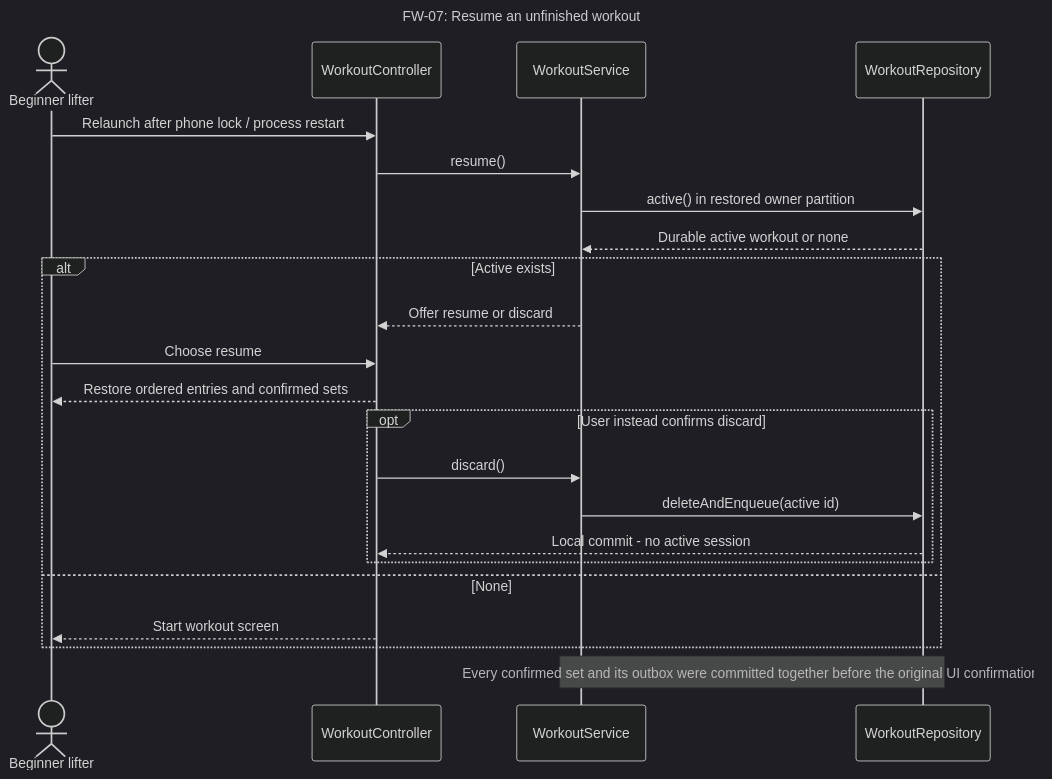
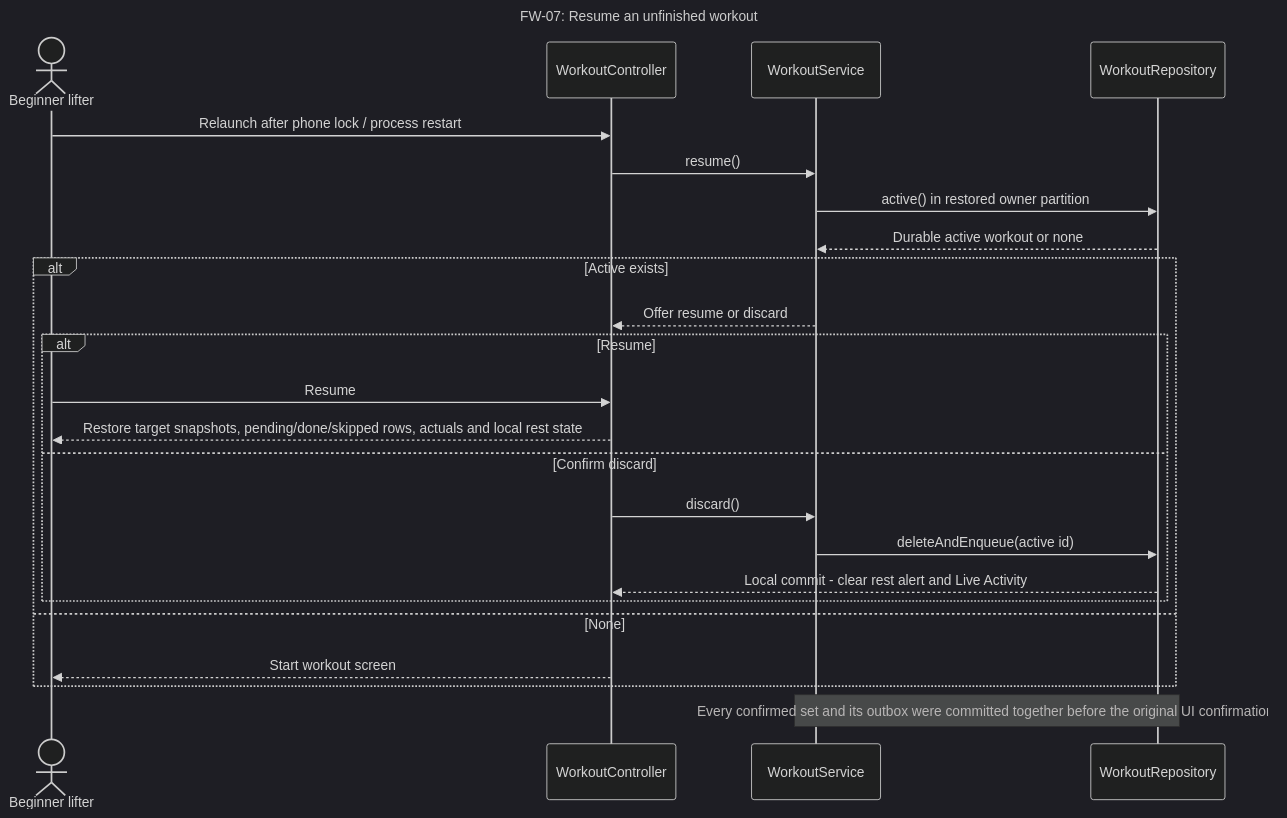
Before and after one commit to SebasLopez2005/SWEProject1: diagram 19 of 50 in docs/part2/design/README.md, drawn with Mermaid (dark theme). The commit also changed other lines of this file and 47 other files, not shown here.

````diff
--- a/docs/part2/design/README.md
+++ b/docs/part2/design/README.md
@@ -1143,25 +1466,26 @@
 ```mermaid
 sequenceDiagram
     title FW-07: Resume an unfinished workout
     actor U as Beginner lifter
     participant C as WorkoutController
     participant S as WorkoutService
     participant R as WorkoutRepository
     U->>C: Relaunch after phone lock / process restart
     C->>S: resume()
     S->>R: active() in restored owner partition
     R-->>S: Durable active workout or none
     alt Active exists
      S-->>C: Offer resume or discard
-     U->>C: Choose resume
-     C-->>U: Restore ordered entries and confirmed sets
-     opt User instead confirms discard
+     alt Resume
+      U->>C: Resume
+      C-->>U: Restore target snapshots, pending/done/skipped rows, actuals and local rest state
+     else Confirm discard
       C->>S: discard()
       S->>R: deleteAndEnqueue(active id)
-      R-->>C: Local commit -  no active session
+      R-->>C: Local commit -  clear rest alert and Live Activity
      end
     else None
      C-->>U: Start workout screen
     end
     Note over S,R: Every confirmed set and its outbox were committed together before the original UI confirmation.
 ```
````
